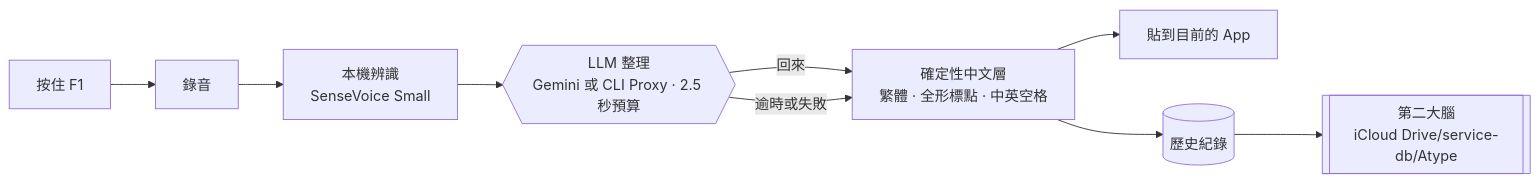
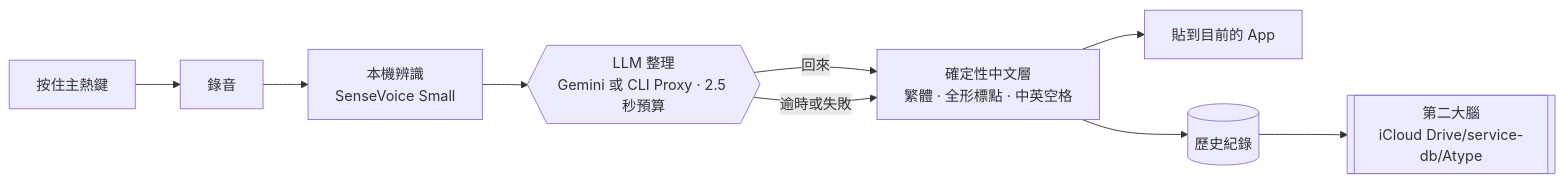
Before and after one commit to yck2024/Atype: the diagram in README.md, drawn with Mermaid. The commit also changed 14 other files, not shown here.

````diff
--- a/README.md
+++ b/README.md
@@ -41,11 +41,11 @@
 ```mermaid
 flowchart LR
-  K[按住 F1] --> R[錄音]
+  K[按住主熱鍵] --> R[錄音]
   R --> S[本機辨識<br/>SenseVoice Small]
   S --> L{{LLM 整理<br/>Gemini 或 CLI Proxy · 2.5 秒預算}}
   L -->|回來| Z[確定性中文層<br/>繁體 · 全形標點 · 中英空格]
   L -->|逾時或失敗| Z
   Z --> P[貼到目前的 App]
   Z --> H[(歷史紀錄)]
   H --> B[[第二大腦<br/>iCloud Drive/service-db/Atype]]
 ```
````
